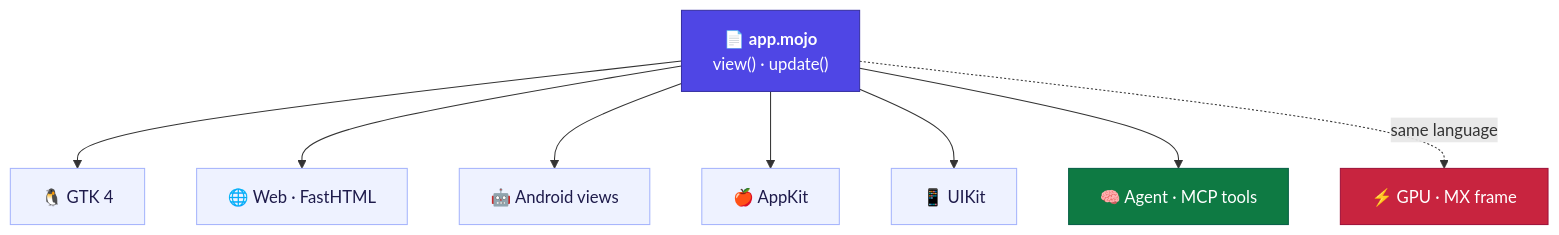
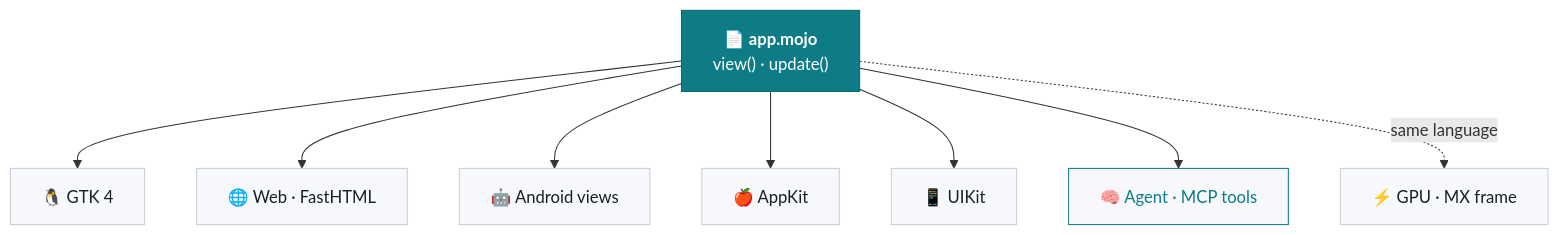
Before and after one commit to abhisheksreesaila/mxapp: the diagram in README.md, drawn with Mermaid. The commit also changed other lines of this file and 2 other files, not shown here.

````diff
--- a/README.md
+++ b/README.md
@@ -112,15 +112,15 @@
 ```mermaid
 flowchart TB
     A["📄 <b>app.mojo</b><br/>view() · update()"]:::app
     A --> L["🐧 GTK 4"]:::host
     A --> W["🌐 Web · FastHTML"]:::host
     A --> D["🤖 Android views"]:::host
     A --> M["🍎 AppKit"]:::host
     A --> I["📱 UIKit"]:::host
     A --> G["🧠 Agent · MCP tools"]:::agent
     A -. "same language" .-> K["⚡ GPU · MX frame"]:::gpu
-    classDef app fill:#4f46e5,stroke:#3730a3,color:#ffffff
-    classDef host fill:#eef2ff,stroke:#a5b4fc,color:#1e1b4b
-    classDef agent fill:#0e7a43,stroke:#065f46,color:#ffffff
-    classDef gpu fill:#c8243f,stroke:#9f1239,color:#ffffff
+    classDef app fill:#0e7c86,stroke:#0b6870,color:#ffffff
+    classDef host fill:#f6f8fb,stroke:#c9ced6,color:#1b1f24
+    classDef agent fill:#f6f8fb,stroke:#0e7c86,color:#0e7c86
+    classDef gpu fill:#f6f8fb,stroke:#c9ced6,color:#1b1f24
 ```
````
